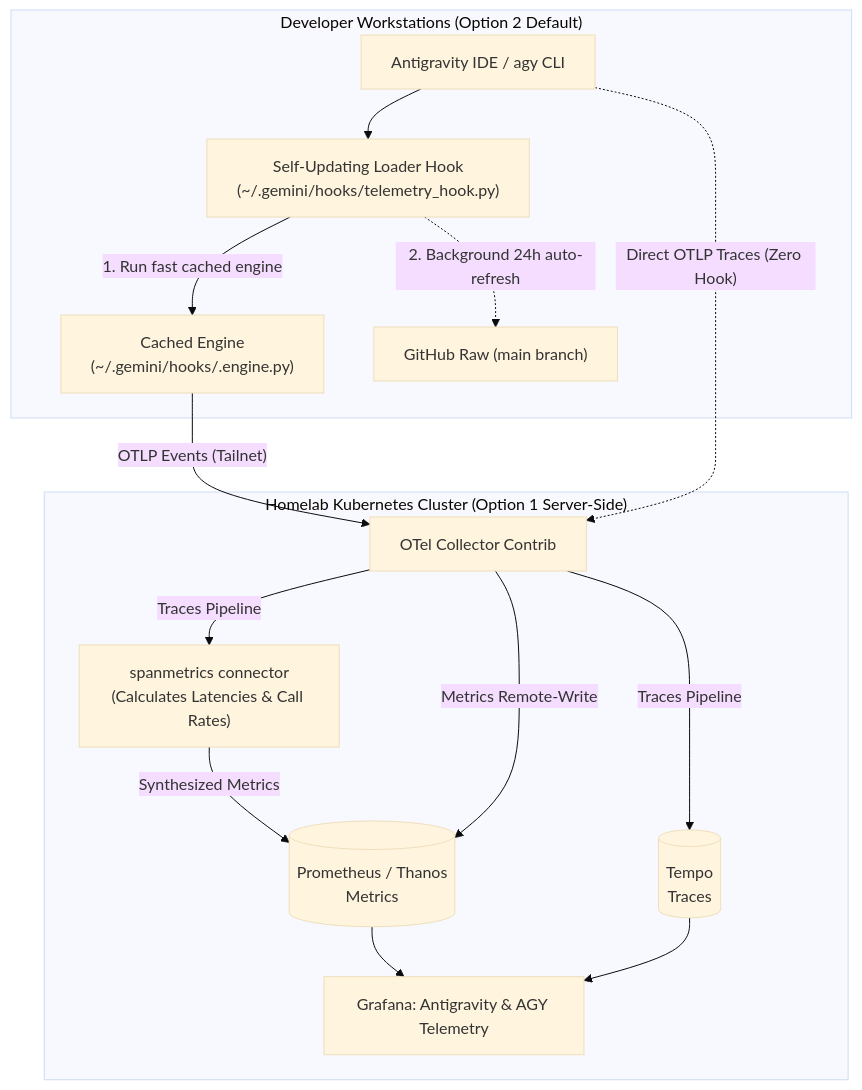
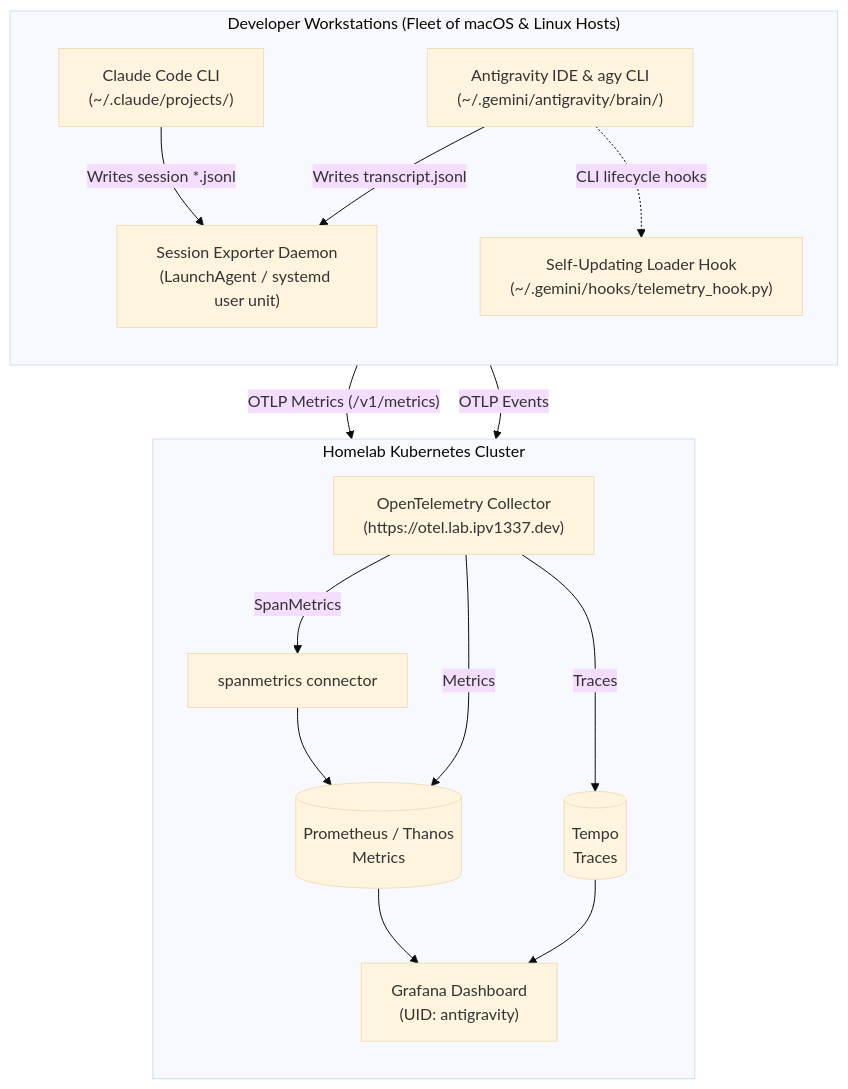
Before and after one commit to VitruvianSoftware/vitruvian-core: the first of 2 diagrams in docs/guides/antigravity-telemetry.md, drawn with Mermaid (base theme). The commit also changed other lines of this file and 3 other files, not shown here.

Commit message:
feat(telemetry): add Claude Code session telemetry ingestion and multi-agent dashboard (#2116)

````diff
--- a/docs/guides/antigravity-telemetry.md
+++ b/docs/guides/antigravity-telemetry.md
@@ -31,29 +31,33 @@
 ```mermaid
 flowchart TD
-    subgraph Client["Developer Workstations (Option 2 Default)"]
-        AGY["Antigravity IDE / agy CLI"]
-        Loader["Self-Updating Loader Hook<br/>(~/.gemini/hooks/telemetry_hook.py)"]
-        Engine["Cached Engine<br/>(~/.gemini/hooks/.engine.py)"]
+    subgraph Client["Developer Workstations (Fleet of macOS & Linux Hosts)"]
+        direction TB
+        AGY["Antigravity IDE & agy CLI<br/>(~/.gemini/antigravity/brain/)"]
+        CC["Claude Code CLI<br/>(~/.claude/projects/)"]
         
-        AGY --> Loader
-        Loader -->|"1. Run fast cached engine"| Engine
-        Loader -.->|"2. Background 24h auto-refresh"| GH["GitHub Raw (main branch)"]
+        Daemon["Session Exporter Daemon<br/>(LaunchAgent / systemd user unit)"]
+        Hook["Self-Updating Loader Hook<br/>(~/.gemini/hooks/telemetry_hook.py)"]
+
+        AGY -->|"Writes transcript.jsonl"| Daemon
+        CC -->|"Writes session *.jsonl"| Daemon
+        AGY -.->|"CLI lifecycle hooks"| Hook
     end
 
-    subgraph Homelab["Homelab Kubernetes Cluster (Option 1 Server-Side)"]
-        OTel["OTel Collector Contrib"]
-        SpanMetrics["spanmetrics connector<br/>(Calculates Latencies & Call Rates)"]
+    subgraph Homelab["Homelab Kubernetes Cluster"]
+        direction TB
+        OTel["OpenTelemetry Collector<br/>(https://otel.lab.ipv1337.dev)"]
+        SpanMetrics["spanmetrics connector"]
         Tempo[("Tempo<br/>Traces")]
         Prom[("Prometheus / Thanos<br/>Metrics")]
-        Grafana["Grafana: Antigravity & AGY Telemetry"]
+        Grafana["Grafana Dashboard<br/>(UID: antigravity)"]
 
-        Engine -->|"OTLP Events (Tailnet)"| OTel
-        AGY -.->|"Direct OTLP Traces (Zero Hook)"| OTel
-        OTel -->|"Traces Pipeline"| Tempo
-        OTel -->|"Traces Pipeline"| SpanMetrics
-        SpanMetrics -->|"Synthesized Metrics"| Prom
-        OTel -->|"Metrics Remote-Write"| Prom
+        Daemon -->|"OTLP Metrics (/v1/metrics)"| OTel
+        Hook -->|"OTLP Events"| OTel
+        OTel -->|"Traces"| Tempo
+        OTel -->|"SpanMetrics"| SpanMetrics
+        SpanMetrics --> Prom
+        OTel -->|"Metrics"| Prom
         Prom --> Grafana
         Tempo --> Grafana
     end
 ```
````
